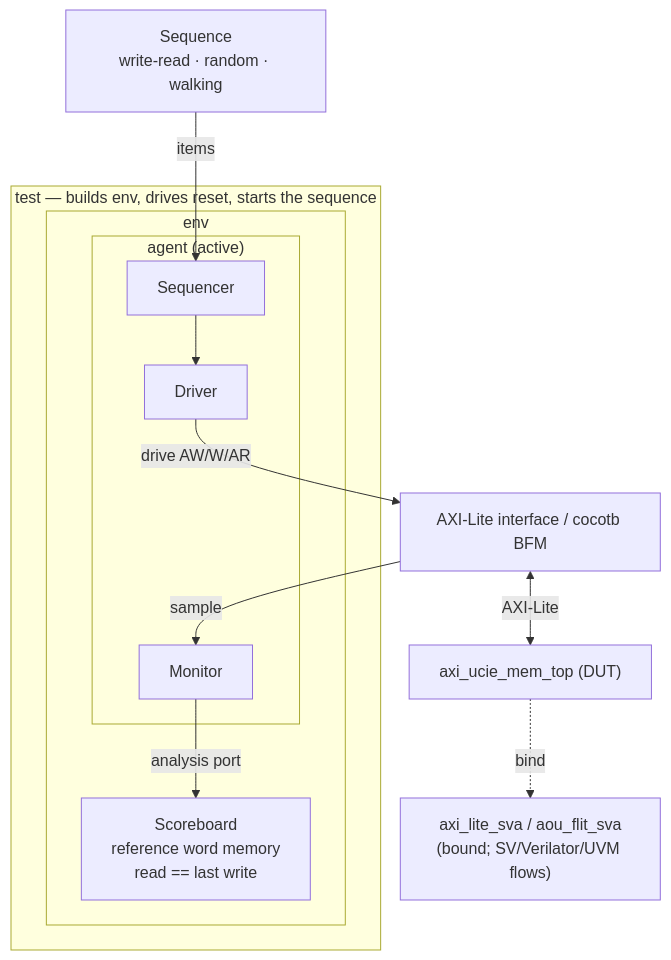
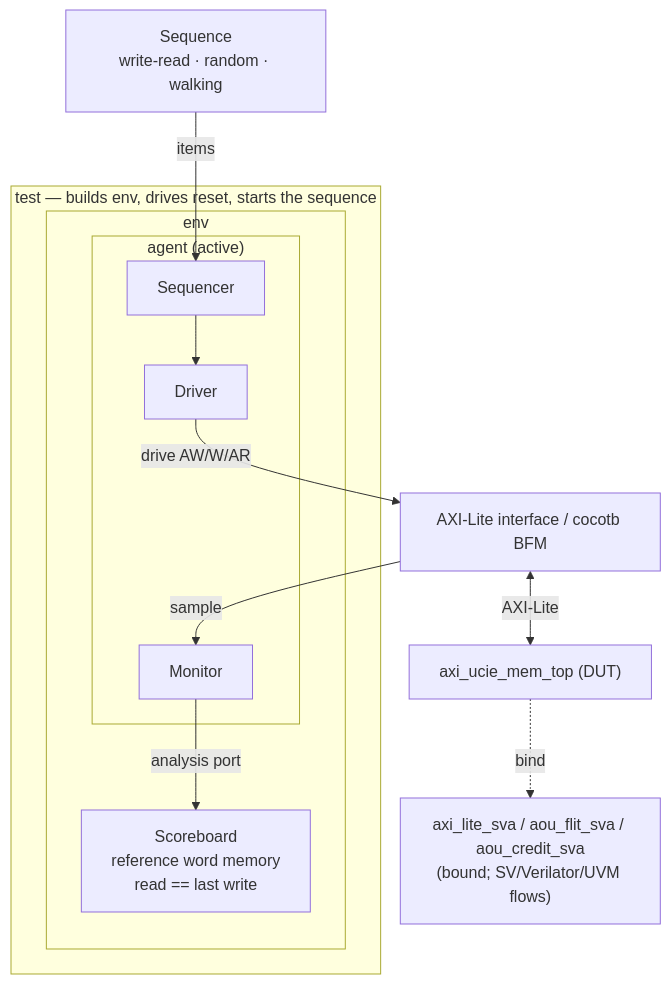
Before and after one commit to markrthomas/axi-on-ucie-to-mem: the second of 2 diagrams in README.md, drawn with Mermaid. The commit also changed other lines of this file and 1 other file, not shown here.

First line of the commit message:
docs: reflect §6 credit flow control + byte-exact packing as implemented

````diff
--- a/README.md
+++ b/README.md
@@ -112,20 +116,20 @@
 ```mermaid
 flowchart TB
     SEQ["Sequence<br/>write-read · random · walking"]
     subgraph TEST["test — builds env, drives reset, starts the sequence"]
       subgraph ENV["env"]
         subgraph AG["agent (active)"]
           SEQR["Sequencer"]; DRV["Driver"]; MON["Monitor"]
         end
         SB["Scoreboard<br/>reference word memory<br/>read == last write"]
       end
     end
     IF["AXI-Lite interface / cocotb BFM"]
     DUT["axi_ucie_mem_top (DUT)"]
-    SVA["axi_lite_sva / aou_flit_sva<br/>(bound; SV/Verilator/UVM flows)"]
+    SVA["axi_lite_sva / aou_flit_sva / aou_credit_sva<br/>(bound; SV/Verilator/UVM flows)"]
 
     SEQ -->|items| SEQR --> DRV -->|drive AW/W/AR| IF
     IF <-->|AXI-Lite| DUT
     IF -->|sample| MON -->|analysis port| SB
     DUT -.->|bind| SVA
 ```
````
